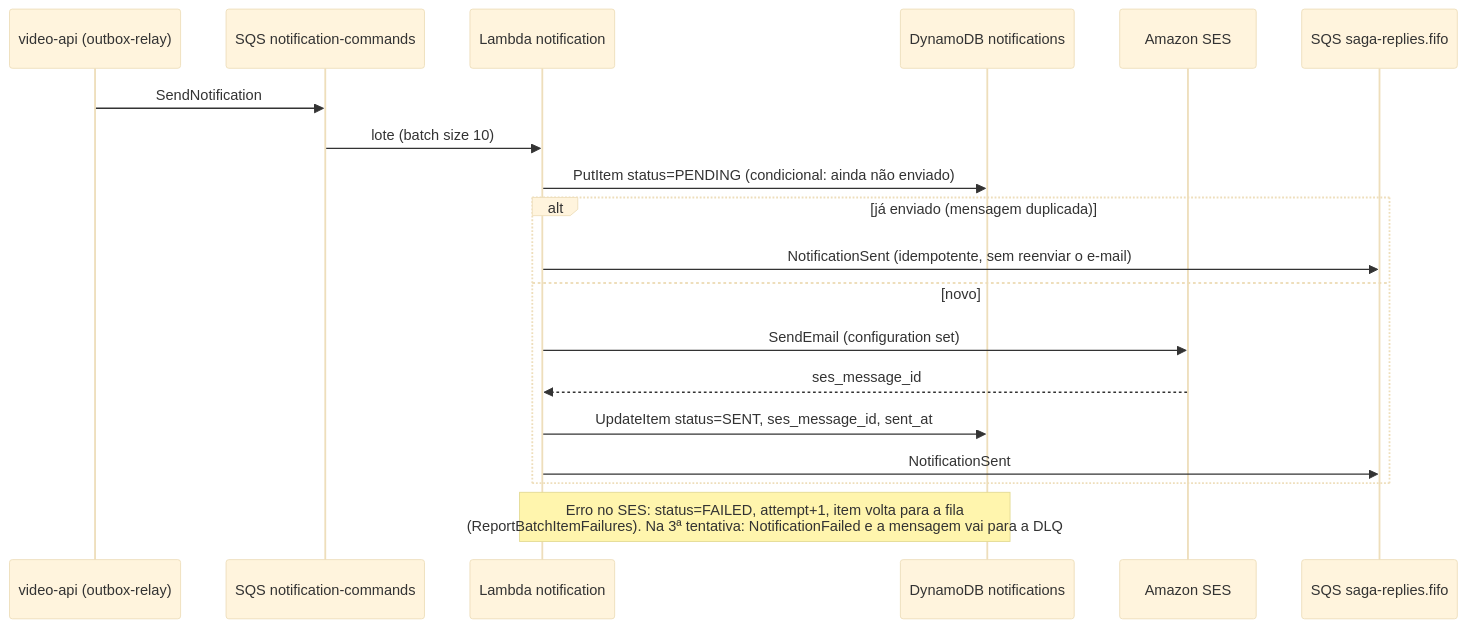
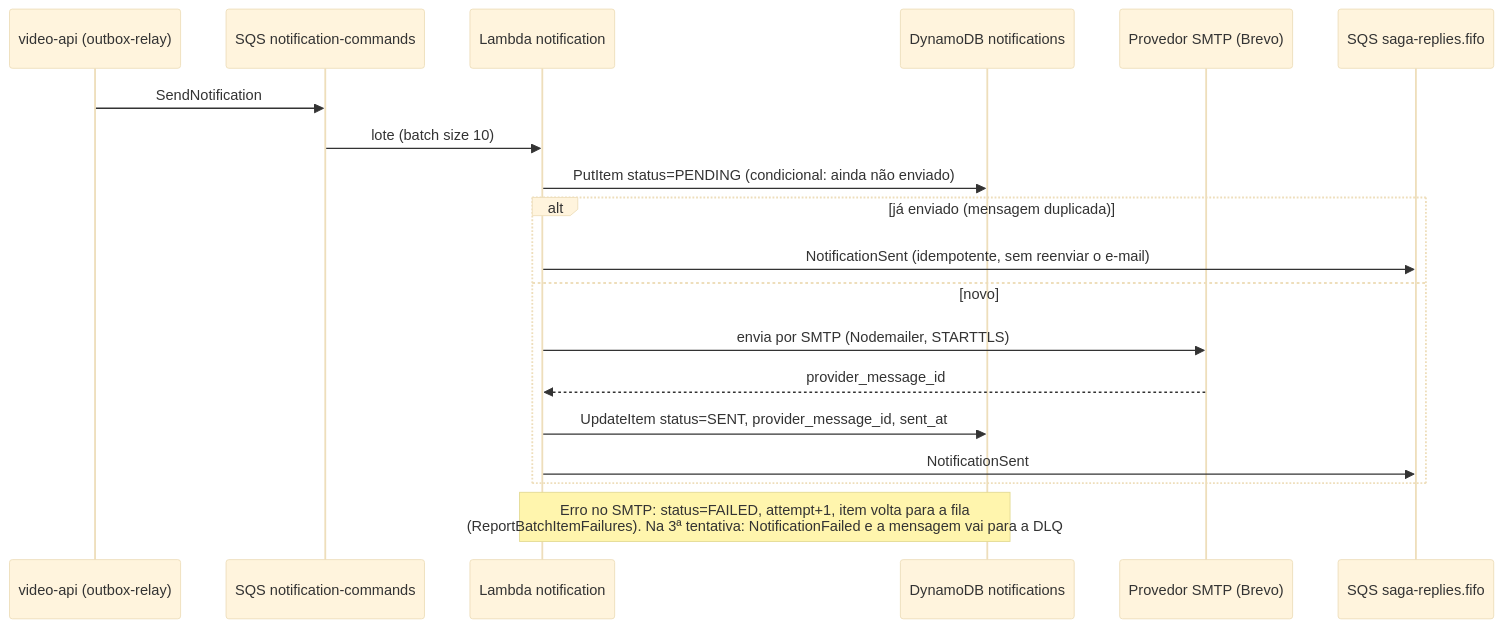
The fourth of 5 diagrams in 00-especificacao/Projeto-hackton.md (hackathon-fiap-soat/fiapx-docs), drawn with Mermaid (base theme) before and after one commit. The commit also changed other lines of this file and 59 other files, not shown here.

````diff
--- a/00-especificacao/Projeto-hackton.md
+++ b/00-especificacao/Projeto-hackton.md
@@ -673,21 +688,21 @@
 ```mermaid
 sequenceDiagram
   participant V as video-api (outbox-relay)
   participant Q as SQS notification-commands
   participant L as Lambda notification
   participant D as DynamoDB notifications
-  participant S as Amazon SES
+  participant S as Provedor SMTP (Brevo)
   participant R as SQS saga-replies.fifo
   V->>Q: SendNotification
   Q->>L: lote (batch size 10)
   L->>D: PutItem status=PENDING (condicional: ainda não enviado)
   alt já enviado (mensagem duplicada)
     L->>R: NotificationSent (idempotente, sem reenviar o e-mail)
   else novo
-    L->>S: SendEmail (configuration set)
-    S-->>L: ses_message_id
-    L->>D: UpdateItem status=SENT, ses_message_id, sent_at
+    L->>S: envia por SMTP (Nodemailer, STARTTLS)
+    S-->>L: provider_message_id
+    L->>D: UpdateItem status=SENT, provider_message_id, sent_at
     L->>R: NotificationSent
   end
-  Note over L,D: Erro no SES: status=FAILED, attempt+1, item volta para a fila<br/>(ReportBatchItemFailures). Na 3ª tentativa: NotificationFailed e a mensagem vai para a DLQ
+  Note over L,D: Erro no SMTP: status=FAILED, attempt+1, item volta para a fila<br/>(ReportBatchItemFailures). Na 3ª tentativa: NotificationFailed e a mensagem vai para a DLQ
 ```
````
